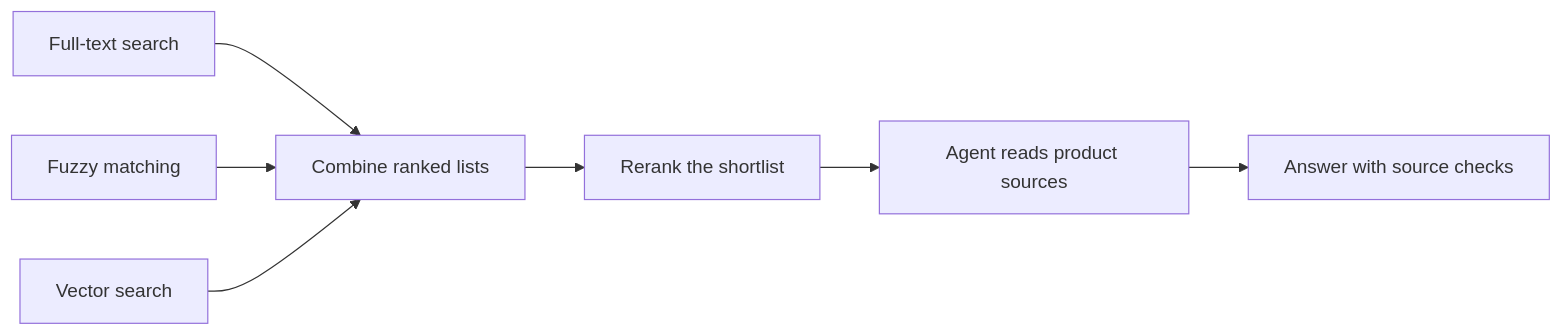
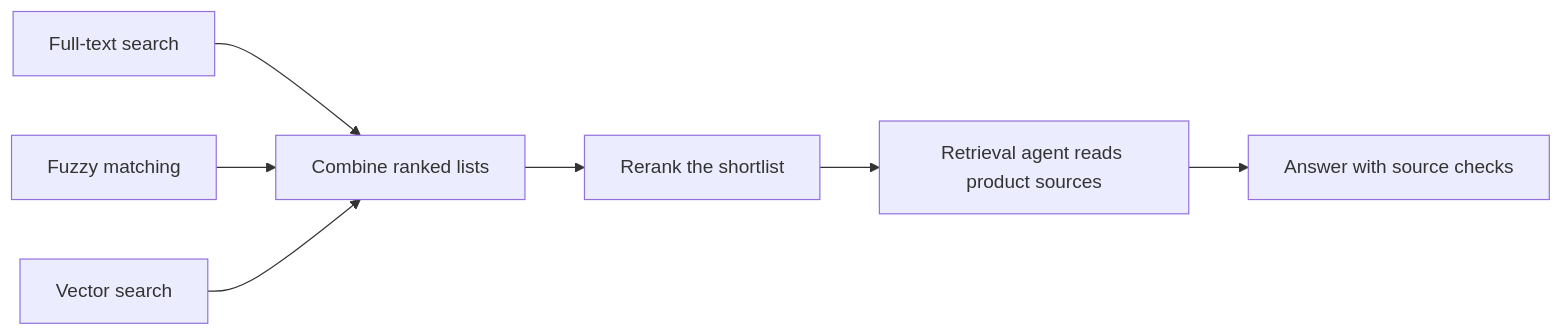
One commit to aws-samples/sample-agentic-hybrid-retrieval-aurora-postgresql changed the diagram in README.md. Above: the diagram before and after it, drawn with Mermaid. The commit also changed other lines of this file and 66 other files, not shown here.

First line of the commit message:
Call the Lab 3 agent the Retrieval agent wherever participants read

````diff
--- a/README.md
+++ b/README.md
@@ -141,9 +141,9 @@
 ```mermaid
 flowchart LR
     FTS[Full-text search] --> RRF[Combine ranked lists]
     TRGM[Fuzzy matching] --> RRF
     VECTOR[Vector search] --> RRF
     RRF --> RERANK[Rerank the shortlist]
-    RERANK --> AGENT[Agent reads product sources]
+    RERANK --> AGENT[Retrieval agent reads product sources]
     AGENT --> ANSWER[Answer with source checks]
 ```
````
